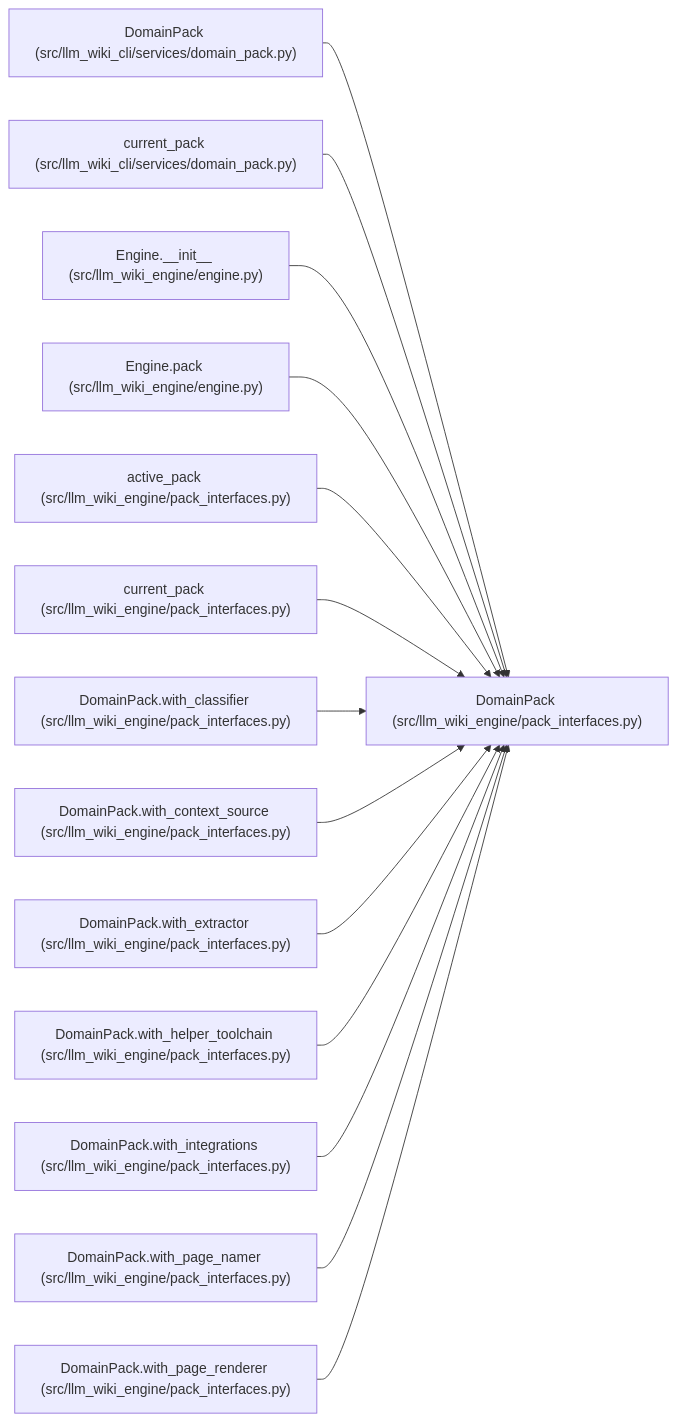
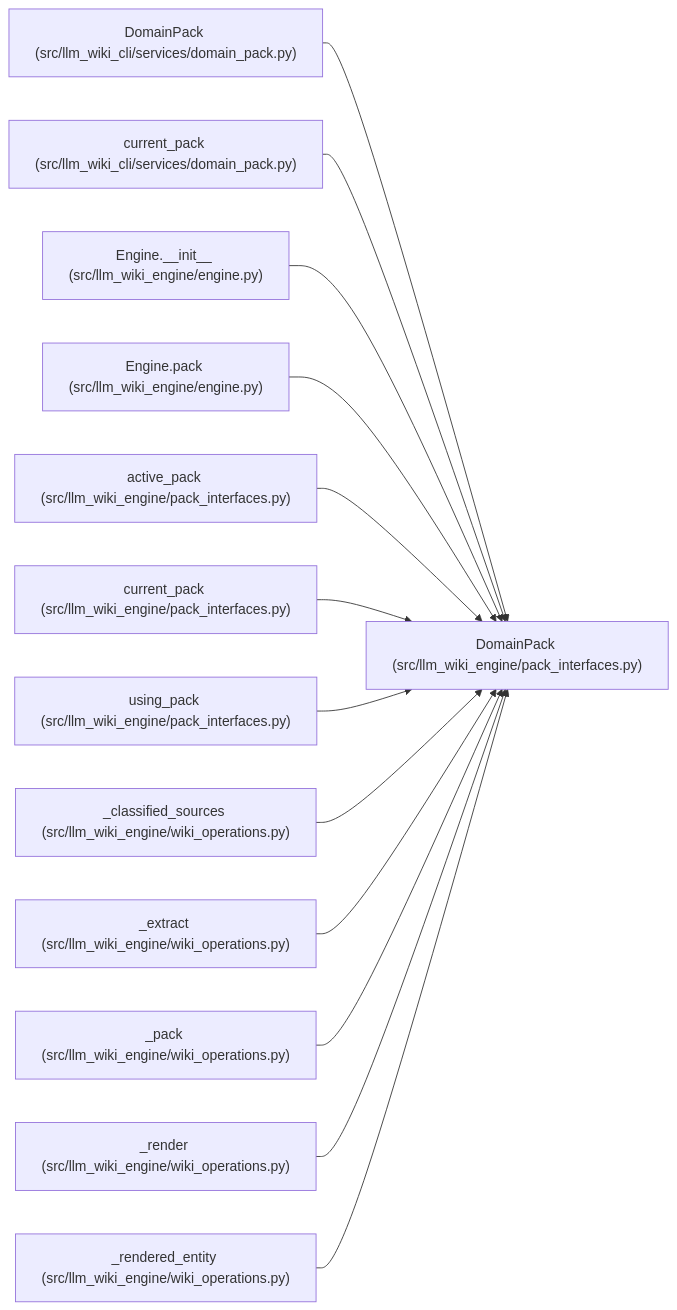
Before and after one commit to Denissvgn/python-wiki-llm: the diagram in docs/llm_wiki/entities/pack_interfaces_DomainPack.md, drawn with Mermaid. The commit also changed other lines of this file and 391 other files, not shown here.

Commit message:
docs: refresh the wiki for the pack copy typing

````diff
--- a/docs/llm_wiki/entities/pack_interfaces_DomainPack.md
+++ b/docs/llm_wiki/entities/pack_interfaces_DomainPack.md
@@ -47,44 +47,41 @@
 ```mermaid
 flowchart LR
     n0["DomainPack (src/llm_wiki_engine/pack_interfaces.py)"]
     n1["DomainPack (src/llm_wiki_cli/services/domain_pack.py)"]
     n2["current_pack (src/llm_wiki_cli/services/domain_pack.py)"]
     n3["Engine.__init__ (src/llm_wiki_engine/engine.py)"]
     n4["Engine.pack (src/llm_wiki_engine/engine.py)"]
     n5["active_pack (src/llm_wiki_engine/pack_interfaces.py)"]
     n6["current_pack (src/llm_wiki_engine/pack_interfaces.py)"]
-    n7["DomainPack.with_classifier (src/llm_wiki_engine/pack_interfaces.py)"]
-    n8["DomainPack.with_context_source (src/llm_wiki_engine/pack_interfaces.py)"]
-    n9["DomainPack.with_extractor (src/llm_wiki_engine/pack_interfaces.py)"]
-    n10["DomainPack.with_helper_toolchain (src/llm_wiki_engine/pack_interfaces.py)"]
-    n11["DomainPack.with_integrations (src/llm_wiki_engine/pack_interfaces.py)"]
-    n12["DomainPack.with_page_namer (src/llm_wiki_engine/pack_interfaces.py)"]
-    n13["DomainPack.with_page_renderer (src/llm_wiki_engine/pack_interfaces.py)"]
+    n7["using_pack (src/llm_wiki_engine/pack_interfaces.py)"]
+    n8["_classified_sources (src/llm_wiki_engine/wiki_operations.py)"]
+    n9["_extract (src/llm_wiki_engine/wiki_operations.py)"]
+    n10["_pack (src/llm_wiki_engine/wiki_operations.py)"]
+    n11["_render (src/llm_wiki_engine/wiki_operations.py)"]
+    n12["_rendered_entity (src/llm_wiki_engine/wiki_operations.py)"]
     n1 --> n0
     n2 --> n0
     n3 --> n0
     n4 --> n0
     n5 --> n0
     n6 --> n0
     n7 --> n0
     n8 --> n0
     n9 --> n0
     n10 --> n0
     n11 --> n0
     n12 --> n0
-    n13 --> n0
     click n0 "../modules/pack_interfaces.md"
     click n1 "../modules/domain_pack.md"
     click n2 "../modules/domain_pack.md"
     click n3 "../modules/engine.md"
     click n4 "../modules/engine.md"
     click n5 "../modules/pack_interfaces.md"
     click n6 "../modules/pack_interfaces.md"
     click n7 "../modules/pack_interfaces.md"
-    click n8 "../modules/pack_interfaces.md"
-    click n9 "../modules/pack_interfaces.md"
-    click n10 "../modules/pack_interfaces.md"
-    click n11 "../modules/pack_interfaces.md"
-    click n12 "../modules/pack_interfaces.md"
-    click n13 "../modules/pack_interfaces.md"
+    click n8 "../modules/wiki_operations.md"
+    click n9 "../modules/wiki_operations.md"
+    click n10 "../modules/wiki_operations.md"
+    click n11 "../modules/wiki_operations.md"
+    click n12 "../modules/wiki_operations.md"
 ```
````
